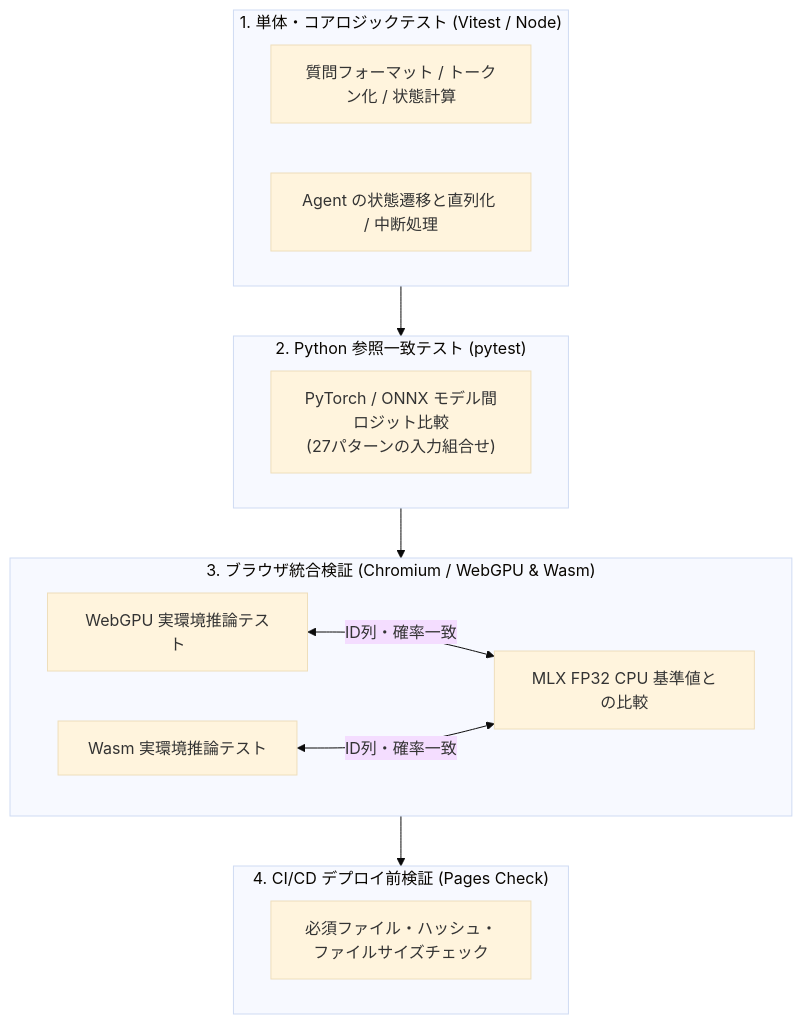
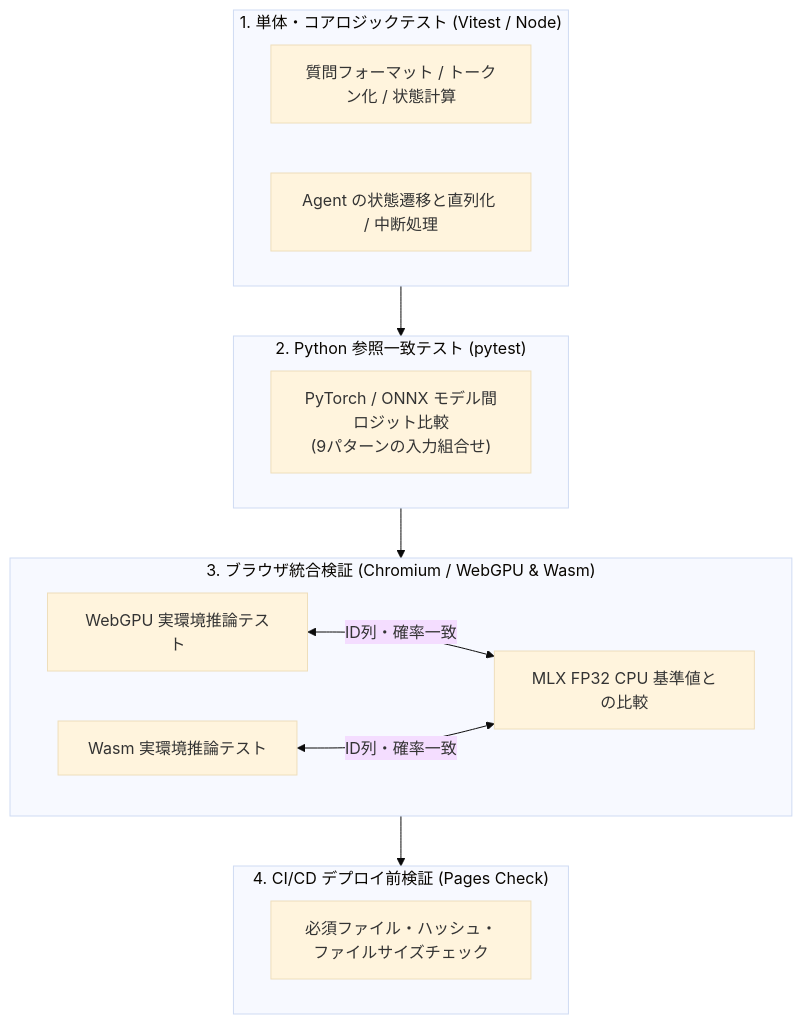
The diagram in docs/validation.md (r4ai/laya-web), drawn with Mermaid (base theme) before and after one commit. The commit also changed other lines of this file and 10 other files, not shown here.

````diff
--- a/docs/validation.md
+++ b/docs/validation.md
@@ -9,25 +9,25 @@
 ```mermaid
 graph TD
     subgraph Layer1 ["1. 単体・コアロジックテスト (Vitest / Node)"]
         CoreTest["質問フォーマット / トークン化 / 状態計算"]
         StateTest["Agent の状態遷移と直列化 / 中断処理"]
     end
 
     subgraph Layer2 ["2. Python 参照一致テスト (pytest)"]
-        PyTorch["PyTorch / ONNX モデル間ロジット比較<br/>(27パターンの入力組合せ)"]
+        PyTorch["PyTorch / ONNX モデル間ロジット比較<br/>(9パターンの入力組合せ)"]
     end
 
     subgraph Layer3 ["3. ブラウザ統合検証 (Chromium / WebGPU & Wasm)"]
         WebGPUTest["WebGPU 実環境推論テスト"]
         WasmTest["Wasm 実環境推論テスト"]
         MLXCPU["MLX FP32 CPU 基準値との比較"]
         WebGPUTest <-->|ID列・確率一致| MLXCPU
         WasmTest <-->|ID列・確率一致| MLXCPU
     end
 
     subgraph Layer4 ["4. CI/CD デプロイ前検証 (Pages Check)"]
         Assets["必須ファイル・ハッシュ・ファイルサイズチェック"]
     end
 
     Layer1 --> Layer2 --> Layer3 --> Layer4
 ```
````
